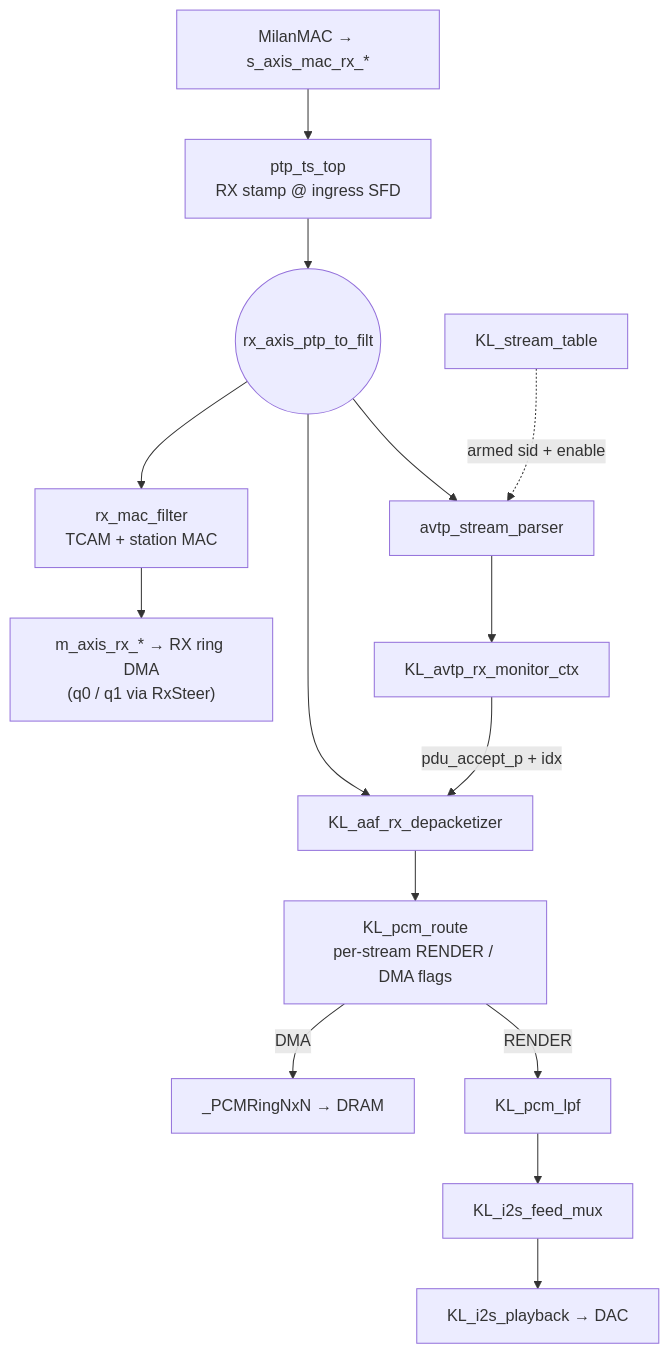
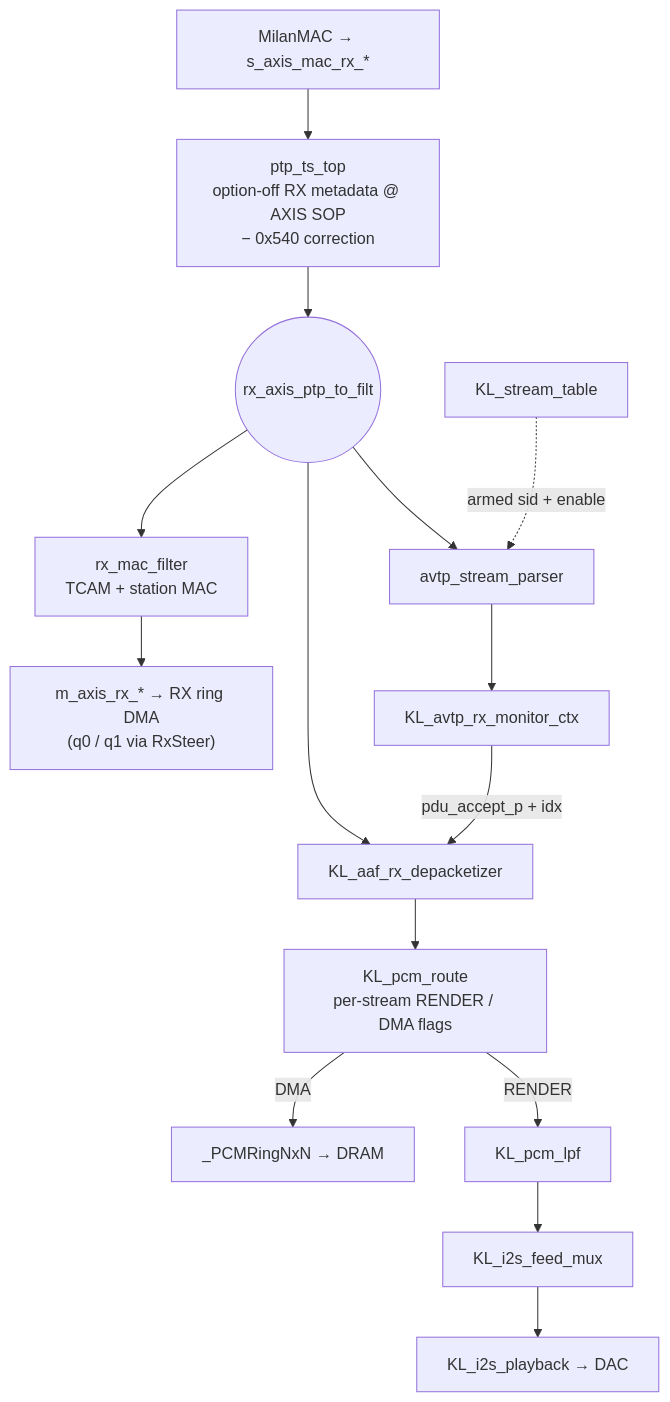
The third of 3 diagrams in docs/fpga/DATAPLANE_WALKTHROUGH.md (kebag-logic/milan-fpga), drawn with Mermaid before and after one commit. The commit also changed other lines of this file and 58 other files, not shown here.

````diff
--- a/docs/fpga/DATAPLANE_WALKTHROUGH.md
+++ b/docs/fpga/DATAPLANE_WALKTHROUGH.md
@@ -144,17 +147,17 @@
 ```mermaid
 flowchart TB
-    MAC["MilanMAC → s_axis_mac_rx_*"] --> PTP["ptp_ts_top<br/>RX stamp @ ingress SFD"]
+    MAC["MilanMAC → s_axis_mac_rx_*"] --> PTP["ptp_ts_top<br/>option-off RX metadata @ AXIS SOP<br/>− 0x540 correction"]
     PTP --> TEE(("rx_axis_ptp_to_filt"))
     TEE --> FILT["rx_mac_filter<br/>TCAM + station MAC"]
     FILT --> HOST["m_axis_rx_* → RX ring DMA<br/>(q0 / q1 via RxSteer)"]
     TEE --> PARSE["avtp_stream_parser"]
     TBL["KL_stream_table"] -.->|"armed sid + enable"| PARSE
     PARSE --> MON["KL_avtp_rx_monitor_ctx"]
     TEE --> DEPKT["KL_aaf_rx_depacketizer"]
     MON -->|"pdu_accept_p + idx"| DEPKT
     DEPKT --> ROUTE["KL_pcm_route<br/>per-stream RENDER / DMA flags"]
     ROUTE -->|DMA| RING["_PCMRingNxN → DRAM"]
     ROUTE -->|RENDER| LPF["KL_pcm_lpf"]
     LPF --> FMUX["KL_i2s_feed_mux"]
     FMUX --> I2S["KL_i2s_playback → DAC"]
 ```
````
